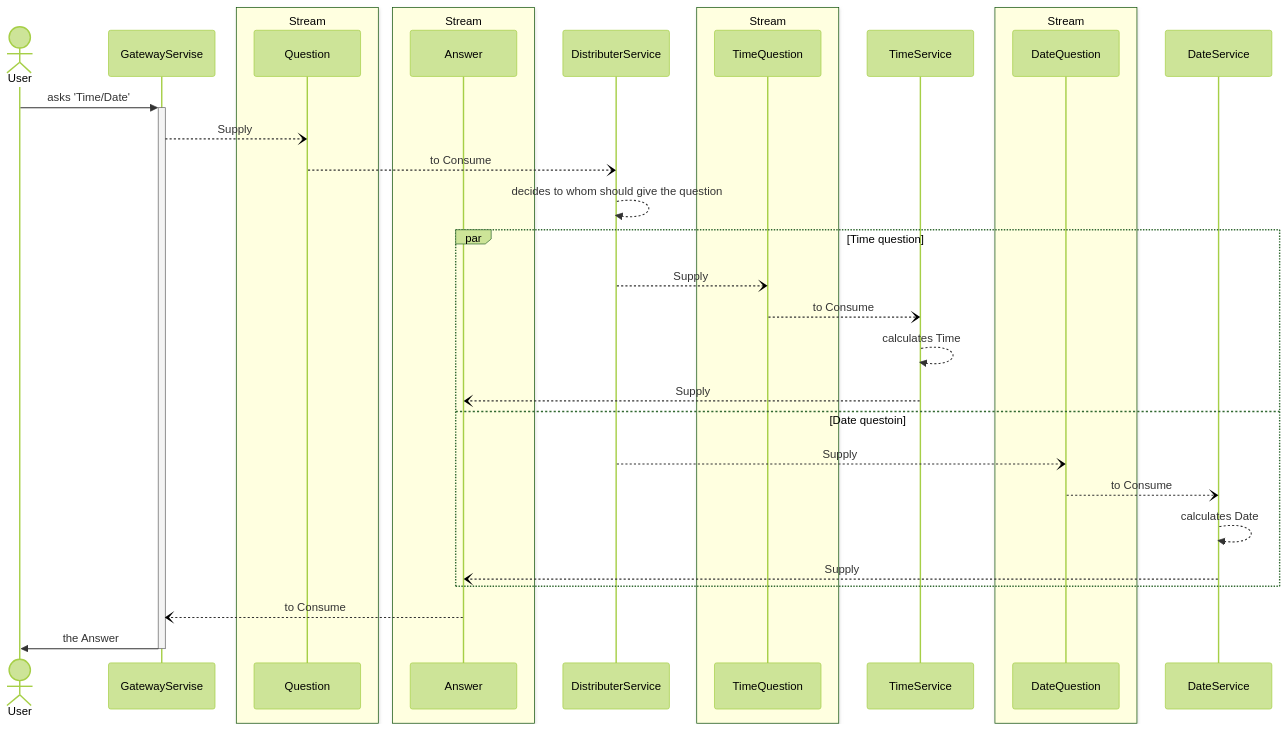
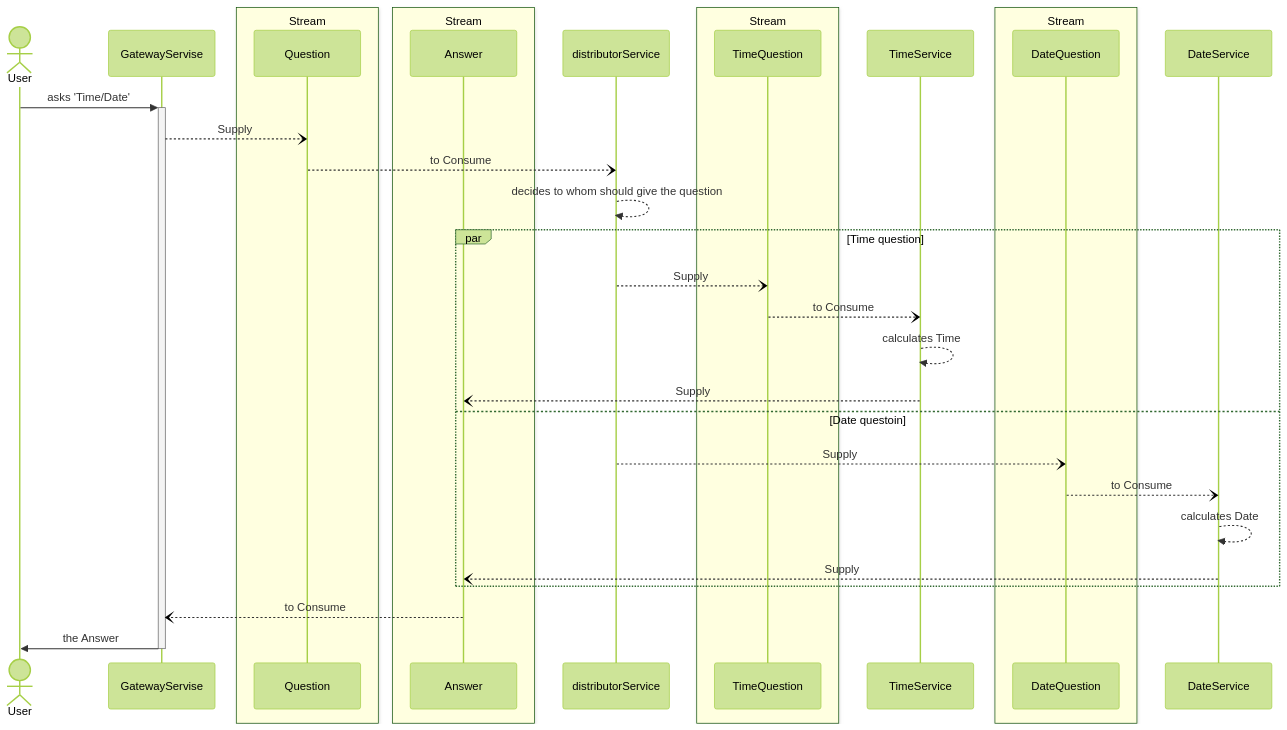
One commit to gilmardcom/spring-cloud-stream changed the diagram in doc/system-landscape.mmd. Above: the diagram before and after it, drawn with Mermaid (forest theme). The commit also changed 5 other files, not shown here.

```diff
--- a/doc/system-landscape.mmd
+++ b/doc/system-landscape.mmd
@@ -1,35 +1,35 @@
 sequenceDiagram
     actor User
     participant GatewayServise
     box LightYellow Stream
     participant Question
     end
     box LightYellow Stream
     participant Answer
     end
-    participant DistributerService
+    participant distributorService
     box LightYellow Stream
     participant TimeQuestion
     end
     participant TimeService
     box LightYellow Stream
     participant DateQuestion
     end
     participant DateService
     User->>+GatewayServise : asks 'Time/Date'
     GatewayServise--)Question : Supply
-    Question--)DistributerService : to Consume
-    DistributerService-->>DistributerService : decides to whom should give the question
+    Question--)distributorService : to Consume
+    distributorService-->>distributorService : decides to whom should give the question
     par Time question
-        DistributerService--)TimeQuestion : Supply
+        distributorService--)TimeQuestion : Supply
         TimeQuestion--)TimeService : to Consume
         TimeService-->>TimeService : calculates Time
         TimeService--)Answer : Supply
     and Date questoin
-        DistributerService--)DateQuestion : Supply
+        distributorService--)DateQuestion : Supply
         DateQuestion--)DateService : to Consume
         DateService-->>DateService : calculates Date
         DateService--)Answer : Supply    
     end
     Answer--)GatewayServise : to Consume
     GatewayServise->>-User : the Answer
```
